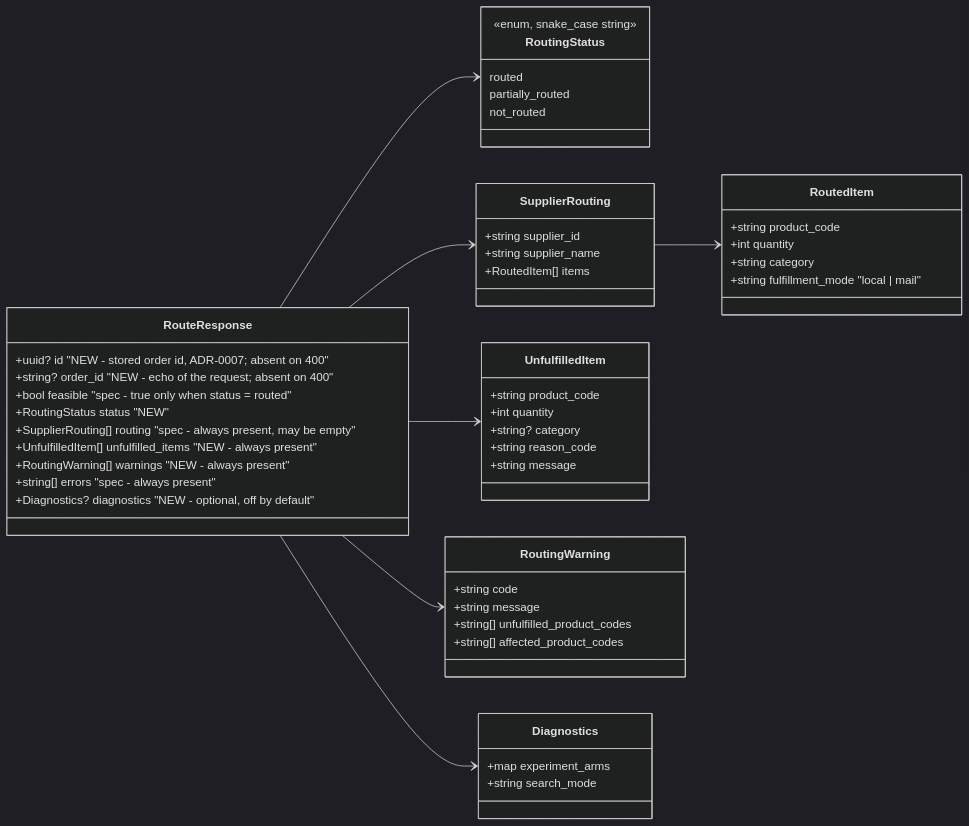
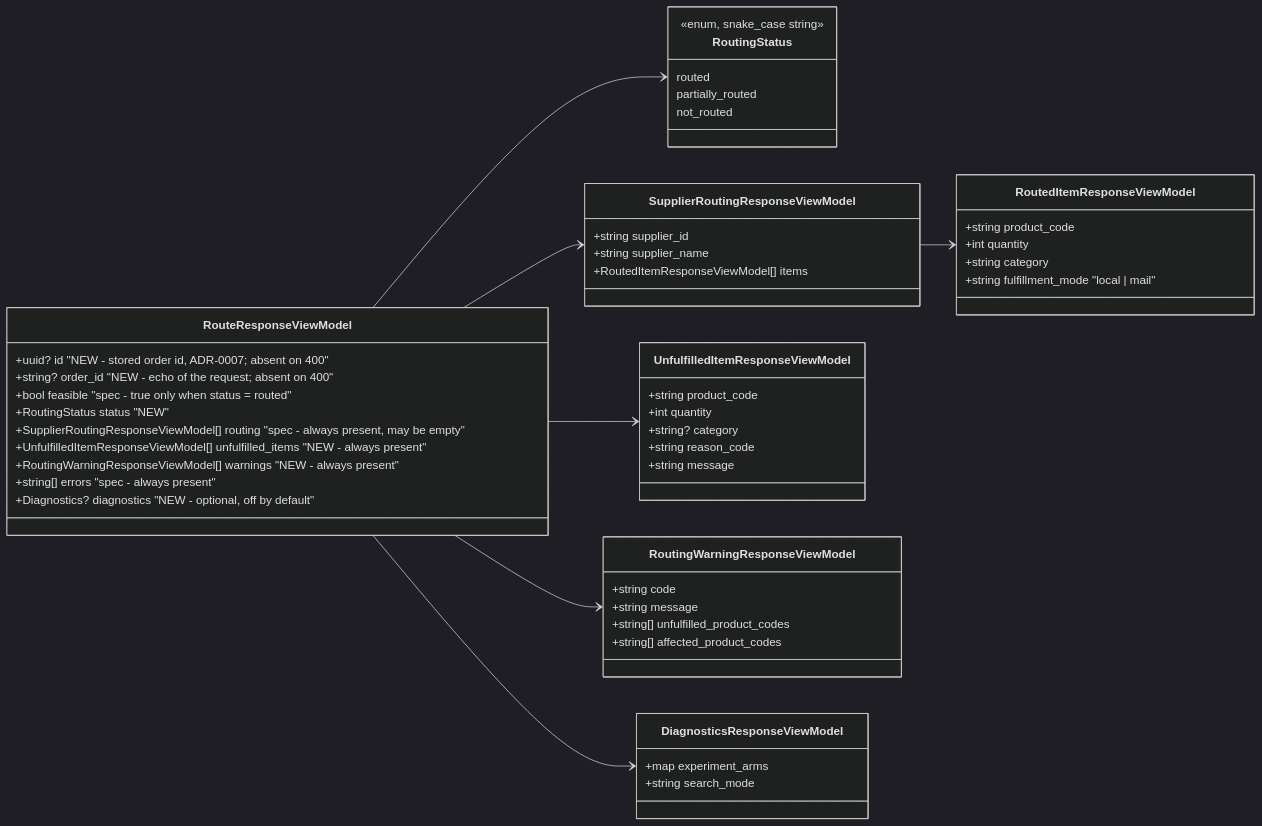
The second of 3 diagrams in Docs/ADRs/ADR-0004-response-contract-evolution.md (ricardochaidez/order-router), drawn with Mermaid (dark theme) before and after one commit. The commit also changed other lines of this file and 41 other files, not shown here.

````diff
--- a/Docs/ADRs/ADR-0004-response-contract-evolution.md
+++ b/Docs/ADRs/ADR-0004-response-contract-evolution.md
@@ -61,55 +61,55 @@
 ```mermaid
 classDiagram
     direction LR
-    class RouteResponse {
+    class RouteResponseViewModel {
         +uuid? id  "NEW - stored order id, ADR-0007; absent on 400"
         +string? order_id  "NEW - echo of the request; absent on 400"
         +bool feasible  "spec - true only when status = routed"
         +RoutingStatus status  "NEW"
-        +SupplierRouting[] routing  "spec - always present, may be empty"
-        +UnfulfilledItem[] unfulfilled_items  "NEW - always present"
-        +RoutingWarning[] warnings  "NEW - always present"
+        +SupplierRoutingResponseViewModel[] routing  "spec - always present, may be empty"
+        +UnfulfilledItemResponseViewModel[] unfulfilled_items  "NEW - always present"
+        +RoutingWarningResponseViewModel[] warnings  "NEW - always present"
         +string[] errors  "spec - always present"
         +Diagnostics? diagnostics  "NEW - optional, off by default"
     }
     class RoutingStatus {
         <<enum, snake_case string>>
         routed
         partially_routed
         not_routed
     }
-    class SupplierRouting {
+    class SupplierRoutingResponseViewModel {
         +string supplier_id
         +string supplier_name
-        +RoutedItem[] items
+        +RoutedItemResponseViewModel[] items
     }
-    class RoutedItem {
+    class RoutedItemResponseViewModel {
         +string product_code
         +int quantity
         +string category
         +string fulfillment_mode  "local | mail"
     }
-    class UnfulfilledItem {
+    class UnfulfilledItemResponseViewModel {
         +string product_code
         +int quantity
         +string? category
         +string reason_code
         +string message
     }
-    class RoutingWarning {
+    class RoutingWarningResponseViewModel {
         +string code
         +string message
         +string[] unfulfilled_product_codes
         +string[] affected_product_codes
     }
-    class Diagnostics {
+    class DiagnosticsResponseViewModel {
         +map experiment_arms
         +string search_mode
     }
-    RouteResponse --> RoutingStatus
-    RouteResponse --> SupplierRouting
-    SupplierRouting --> RoutedItem
-    RouteResponse --> UnfulfilledItem
-    RouteResponse --> RoutingWarning
-    RouteResponse --> Diagnostics
+    RouteResponseViewModel --> RoutingStatus
+    RouteResponseViewModel --> SupplierRoutingResponseViewModel
+    SupplierRoutingResponseViewModel --> RoutedItemResponseViewModel
+    RouteResponseViewModel --> UnfulfilledItemResponseViewModel
+    RouteResponseViewModel --> RoutingWarningResponseViewModel
+    RouteResponseViewModel --> DiagnosticsResponseViewModel
 ```
````
